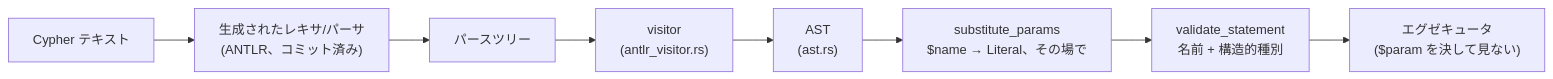
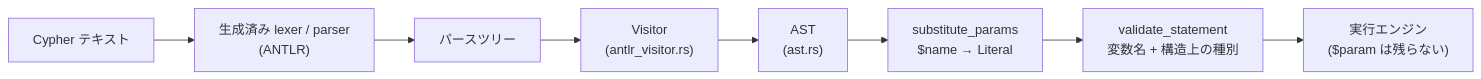
Before and after one commit to knoguchi/marsdb: the diagram in book/src/internals/ja/query-frontend.md, drawn with Mermaid. The commit also changed other lines of this file and 9 other files, not shown here.

````diff
--- a/book/src/internals/ja/query-frontend.md
+++ b/book/src/internals/ja/query-frontend.md
@@ -12,10 +15,10 @@
 ```mermaid
 flowchart LR
-    T["Cypher テキスト"] --> L["生成されたレキサ/パーサ\n(ANTLR、コミット済み)"]
+    T["Cypher テキスト"] --> L["生成済み lexer / parser\n(ANTLR)"]
     L --> PT["パースツリー"]
-    PT --> V["visitor\n(antlr_visitor.rs)"]
+    PT --> V["Visitor\n(antlr_visitor.rs)"]
     V --> AST["AST\n(ast.rs)"]
-    AST --> P["substitute_params\n$name → Literal、その場で"]
-    P --> SV["validate_statement\n名前 + 構造的種別"]
-    SV --> EX["エグゼキュータ\n($param を決して見ない)"]
+    AST --> P["substitute_params\n$name → Literal"]
+    P --> SV["validate_statement\n変数名 + 構造上の種別"]
+    SV --> EX["実行エンジン\n($param は残らない)"]
 ```
````
